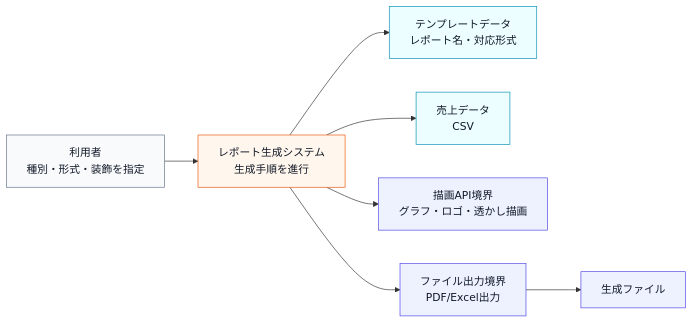
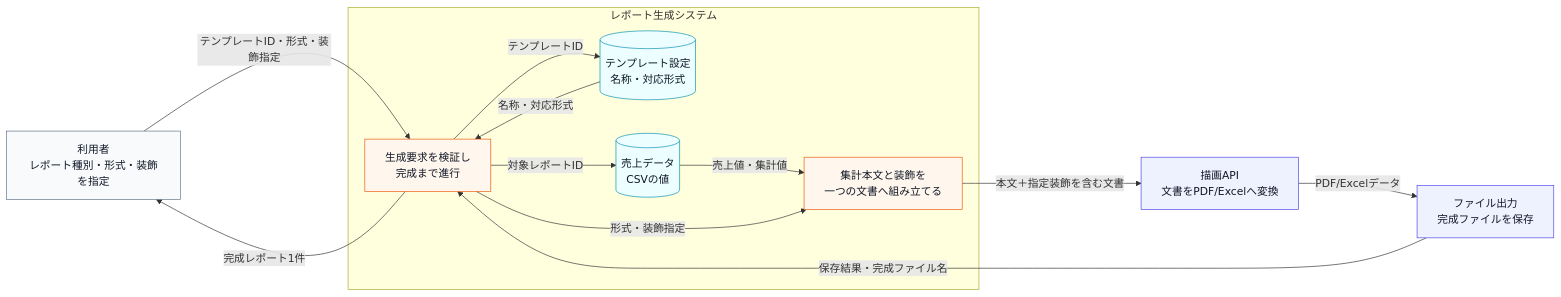
One commit to kumachan1101-pixel/DesignPattern changed the first of 12 diagrams in kindle/design-patterns/output/chapter11.md. Above: the diagram before and after it, drawn with Mermaid. The commit also changed other lines of this file and 3 other files, not shown here.

Commit message:
docs: revise chapters 11 and 12 review flow

````diff
--- a/kindle/design-patterns/output/chapter11.md
+++ b/kindle/design-patterns/output/chapter11.md
@@ -48,18 +50,30 @@
 ```mermaid
 flowchart LR
-    U["利用者<br>種別・形式・装飾を指定"] --> E["レポート生成システム<br>生成手順を進行"]
-    E --> T["テンプレートデータ<br>レポート名・対応形式"]
-    E --> D["売上データ<br>CSV"]
-    E --> R["描画API境界<br>グラフ・ロゴ・透かし描画"]
-    E --> F["ファイル出力境界<br>PDF/Excel出力"]
-    F --> O["生成ファイル"]
+    U["利用者<br>レポート種別・形式・装飾を指定"]:::actor
+
+    subgraph SYS["レポート生成システム"]
+        E["生成要求を検証し<br>完成まで進行"]:::process
+        T[("テンプレート設定<br>名称・対応形式")]:::data
+        D[("売上データ<br>CSVの値")]:::data
+        A["集計本文と装飾を<br>一つの文書へ組み立てる"]:::process
+    end
+
+    R["描画API<br>文書をPDF/Excelへ変換"]:::boundary
+    F["ファイル出力<br>完成ファイルを保存"]:::boundary
+
+    U -->|"テンプレートID・形式・装飾指定"| E
+    E -->|"テンプレートID"| T
+    T -->|"名称・対応形式"| E
+    E -->|"対象レポートID"| D
+    D -->|"売上値・集計値"| A
+    E -->|"形式・装飾指定"| A
+    A -->|"本文＋指定装飾を含む文書"| R
+    R -->|"PDF/Excelデータ"| F
+    F -->|"保存結果・完成ファイル名"| E
+    E -->|"完成レポート1件"| U
 
     classDef actor fill:#f8fafc,stroke:#64748b,color:#111827;
     classDef data fill:#ecfeff,stroke:#0891b2,color:#111827;
     classDef process fill:#fff7ed,stroke:#ea580c,color:#111827;
     classDef boundary fill:#eef2ff,stroke:#4f46e5,color:#111827;
-    class U actor;
-    class T,D data;
-    class E process;
-    class R,F,O boundary;
 ```
````
